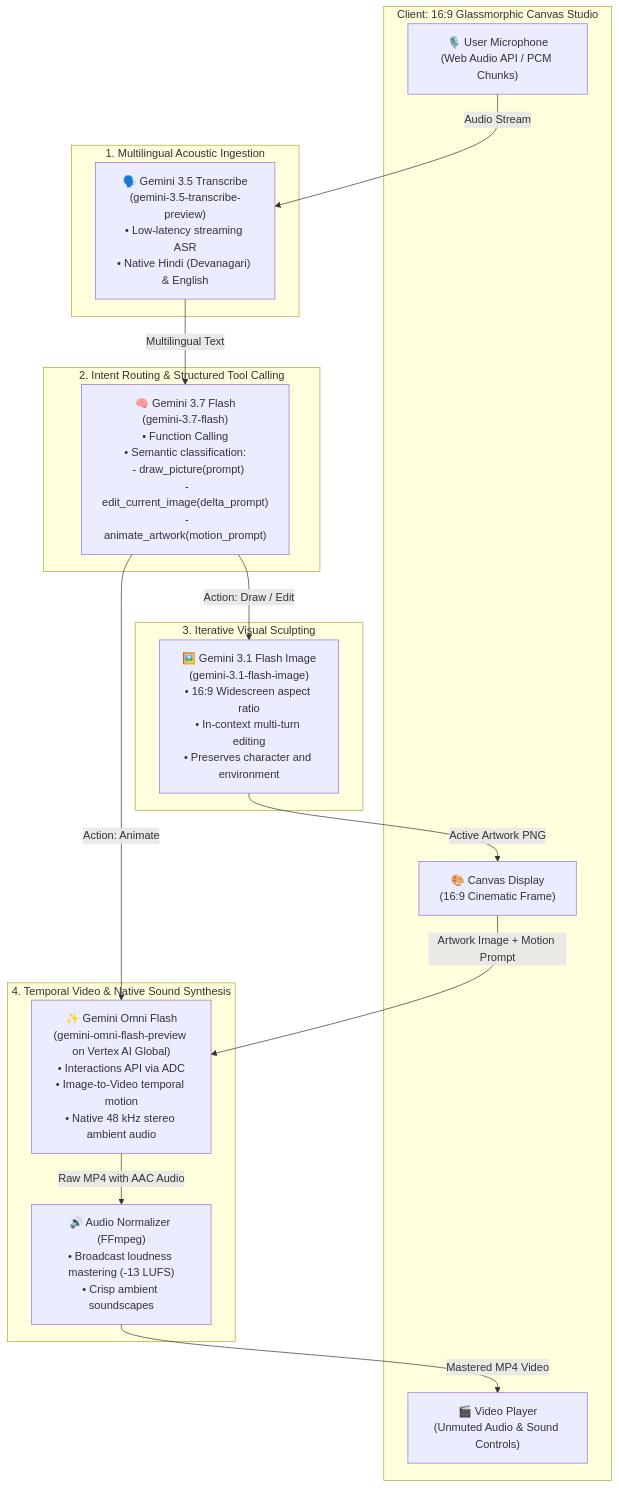
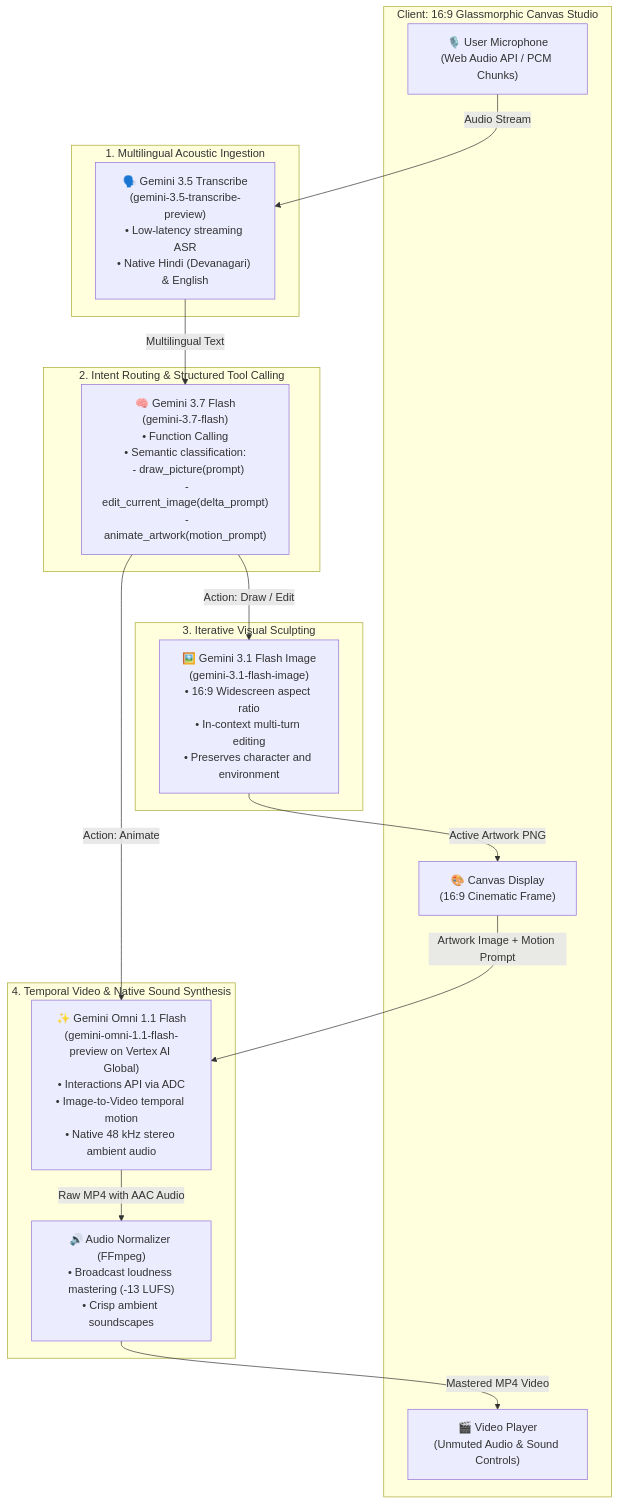
The diagram in gemini35-voice-to-action/README.md (upasana1105/UP_Demos), drawn with Mermaid before and after one commit. The commit also changed other lines of this file and 3 other files, not shown here.

Commit message:
style: update architecture diagram with warm aesthetic palette and Gemini Omni 1.1 Flash

````diff
--- a/gemini35-voice-to-action/README.md
+++ b/gemini35-voice-to-action/README.md
@@ -21,34 +21,34 @@
 ```mermaid
 flowchart TD
     subgraph Browser ["Client: 16:9 Glassmorphic Canvas Studio"]
         Mic["🎙️ User Microphone\n(Web Audio API / PCM Chunks)"]
         Canvas["🎨 Canvas Display\n(16:9 Cinematic Frame)"]
         Player["🎬 Video Player\n(Unmuted Audio & Sound Controls)"]
     end
 
     subgraph Step1 ["1. Multilingual Acoustic Ingestion"]
         GTranscribe["🗣️ Gemini 3.5 Transcribe\n(gemini-3.5-transcribe-preview)\n• Low-latency streaming ASR\n• Native Hindi (Devanagari) & English"]
     end
 
     subgraph Step2 ["2. Intent Routing & Structured Tool Calling"]
         GFlash["🧠 Gemini 3.7 Flash\n(gemini-3.7-flash)\n• Function Calling\n• Semantic classification:\n  - draw_picture(prompt)\n  - edit_current_image(delta_prompt)\n  - animate_artwork(motion_prompt)"]
     end
 
     subgraph Step3 ["3. Iterative Visual Sculpting"]
         GImage["🖼️ Gemini 3.1 Flash Image\n(gemini-3.1-flash-image)\n• 16:9 Widescreen aspect ratio\n• In-context multi-turn editing\n• Preserves character and environment"]
     end
 
     subgraph Step4 ["4. Temporal Video & Native Sound Synthesis"]
-        GOmni["✨ Gemini Omni Flash\n(gemini-omni-flash-preview on Vertex AI Global)\n• Interactions API via ADC\n• Image-to-Video temporal motion\n• Native 48 kHz stereo ambient audio"]
+        GOmni["✨ Gemini Omni 1.1 Flash\n(gemini-omni-1.1-flash-preview on Vertex AI Global)\n• Interactions API via ADC\n• Image-to-Video temporal motion\n• Native 48 kHz stereo ambient audio"]
         FFmpeg["🔊 Audio Normalizer (FFmpeg)\n• Broadcast loudness mastering (-13 LUFS)\n• Crisp ambient soundscapes"]
     end
 
     Mic -->|Audio Stream| GTranscribe
     GTranscribe -->|Multilingual Text| GFlash
     GFlash -->|Action: Draw / Edit| GImage
     GImage -->|Active Artwork PNG| Canvas
     GFlash -->|Action: Animate| GOmni
     Canvas -->|Artwork Image + Motion Prompt| GOmni
     GOmni -->|Raw MP4 with AAC Audio| FFmpeg
     FFmpeg -->|Mastered MP4 Video| Player
 ```
````
